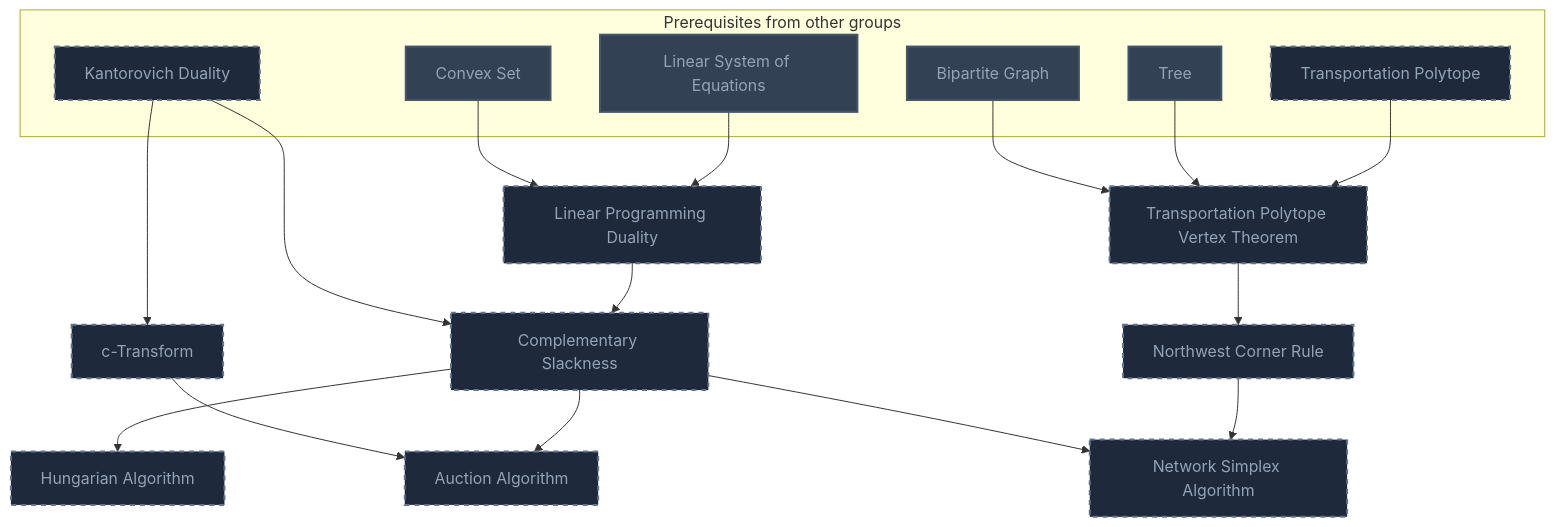
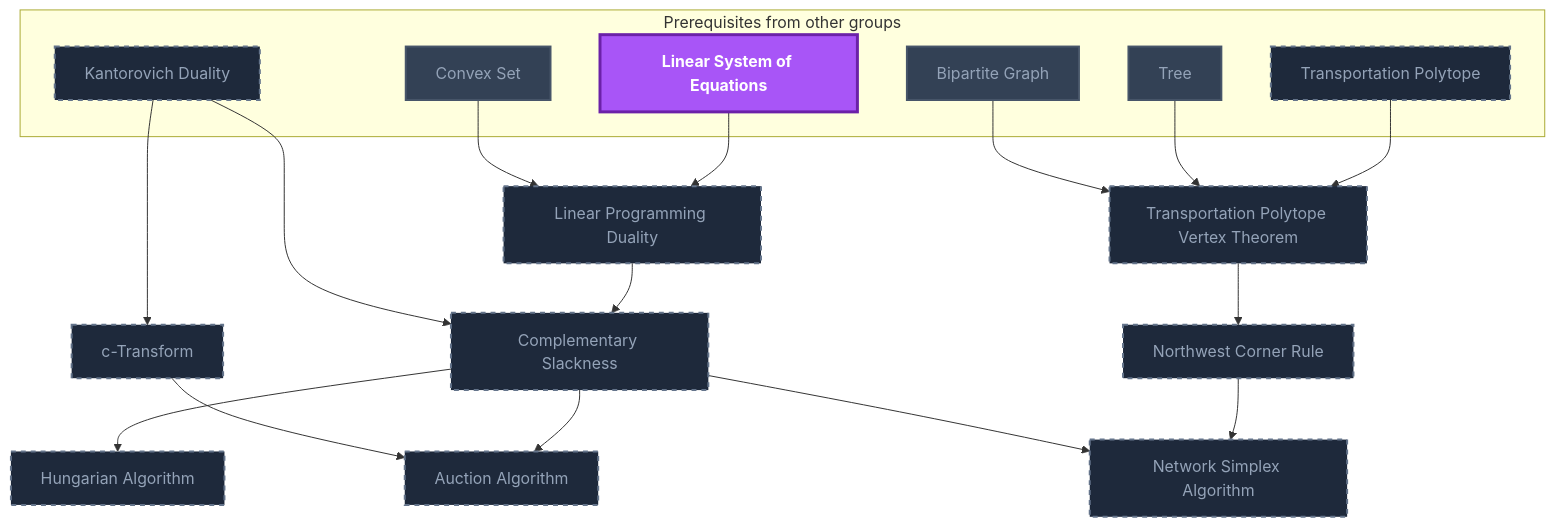
The second of 9 diagrams in Gamification/Skill Trees/Optimal Transport.md (MRauf1/My-Notes), drawn with Mermaid before and after one commit. The commit also changed other lines of this file and 57 other files, not shown here.

````diff
--- a/Gamification/Skill Trees/Optimal Transport.md
+++ b/Gamification/Skill Trees/Optimal Transport.md
@@ -102,45 +102,46 @@
 ```mermaid
 flowchart TD
     classDef planned fill:#1E293B,stroke:#64748B,stroke-width:2px,stroke-dasharray:5 5,color:#94A3B8;
     classDef locked fill:#334155,stroke:#475569,stroke-width:2px,color:#94A3B8;
     classDef L0 fill:#F1F5F9,stroke:#94A3B8,stroke-width:2px,color:#000000;
     classDef L1 fill:#22C55E,stroke:#15803D,stroke-width:2px,color:#000000;
     classDef L2 fill:#3B82F6,stroke:#1D4ED8,stroke-width:3px,color:#FFFFFF;
     classDef L3 fill:#A855F7,stroke:#6B21A8,stroke-width:3px,color:#FFFFFF,font-weight:bold;
     classDef L4 fill:#F97316,stroke:#C2410C,stroke-width:4px,color:#000000,font-weight:bold;
     classDef L5 fill:#FFD700,stroke:#FF8C00,stroke-width:5px,color:#000000,font-weight:bold;
     classDef rusty stroke:#8B4513,stroke-width:4px,stroke-dasharray:3 3;
     subgraph sg_prereqs["Prerequisites from other groups"]
         n_convex_set["Convex Set"]
         n_linear_system_of_equations["Linear System of Equations"]
         n_kantorovich_duality["Kantorovich Duality"]
         n_bipartite_graph["Bipartite Graph"]
         n_tree["Tree"]
         n_transportation_polytope["Transportation Polytope"]
     end
     n_linear_programming_duality["Linear Programming Duality"]
     n_c_transform["c-Transform"]
     n_complementary_slackness["Complementary Slackness"]
     n_transportation_polytope_vertex_theorem["Transportation Polytope Vertex Theorem"]
     n_northwest_corner_rule["Northwest Corner Rule"]
     n_network_simplex_algorithm["Network Simplex Algorithm"]
     n_hungarian_algorithm["Hungarian Algorithm"]
     n_auction_algorithm["Auction Algorithm"]
     n_convex_set --> n_linear_programming_duality
     n_linear_system_of_equations --> n_linear_programming_duality
     n_kantorovich_duality --> n_c_transform
     n_kantorovich_duality --> n_complementary_slackness
     n_linear_programming_duality --> n_complementary_slackness
     n_bipartite_graph --> n_transportation_polytope_vertex_theorem
     n_tree --> n_transportation_polytope_vertex_theorem
     n_transportation_polytope --> n_transportation_polytope_vertex_theorem
     n_transportation_polytope_vertex_theorem --> n_northwest_corner_rule
     n_complementary_slackness --> n_network_simplex_algorithm
     n_northwest_corner_rule --> n_network_simplex_algorithm
     n_complementary_slackness --> n_hungarian_algorithm
     n_c_transform --> n_auction_algorithm
     n_complementary_slackness --> n_auction_algorithm
     class n_kantorovich_duality,n_transportation_polytope,n_linear_programming_duality,n_c_transform,n_complementary_slackness,n_transportation_polytope_vertex_theorem,n_northwest_corner_rule,n_network_simplex_algorithm,n_hungarian_algorithm,n_auction_algorithm planned;
-    class n_convex_set,n_linear_system_of_equations,n_bipartite_graph,n_tree locked;
+    class n_convex_set,n_bipartite_graph,n_tree locked;
+    class n_linear_system_of_equations L3;
     class n_convex_set,n_linear_system_of_equations,n_bipartite_graph,n_tree internal-link;
 ```
````
